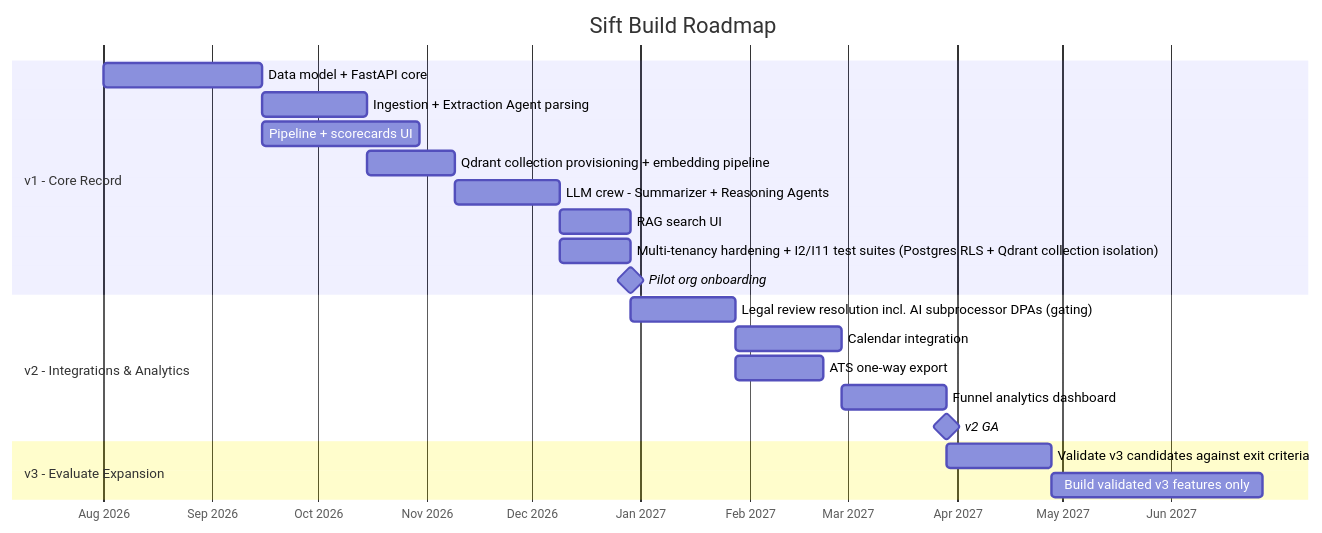
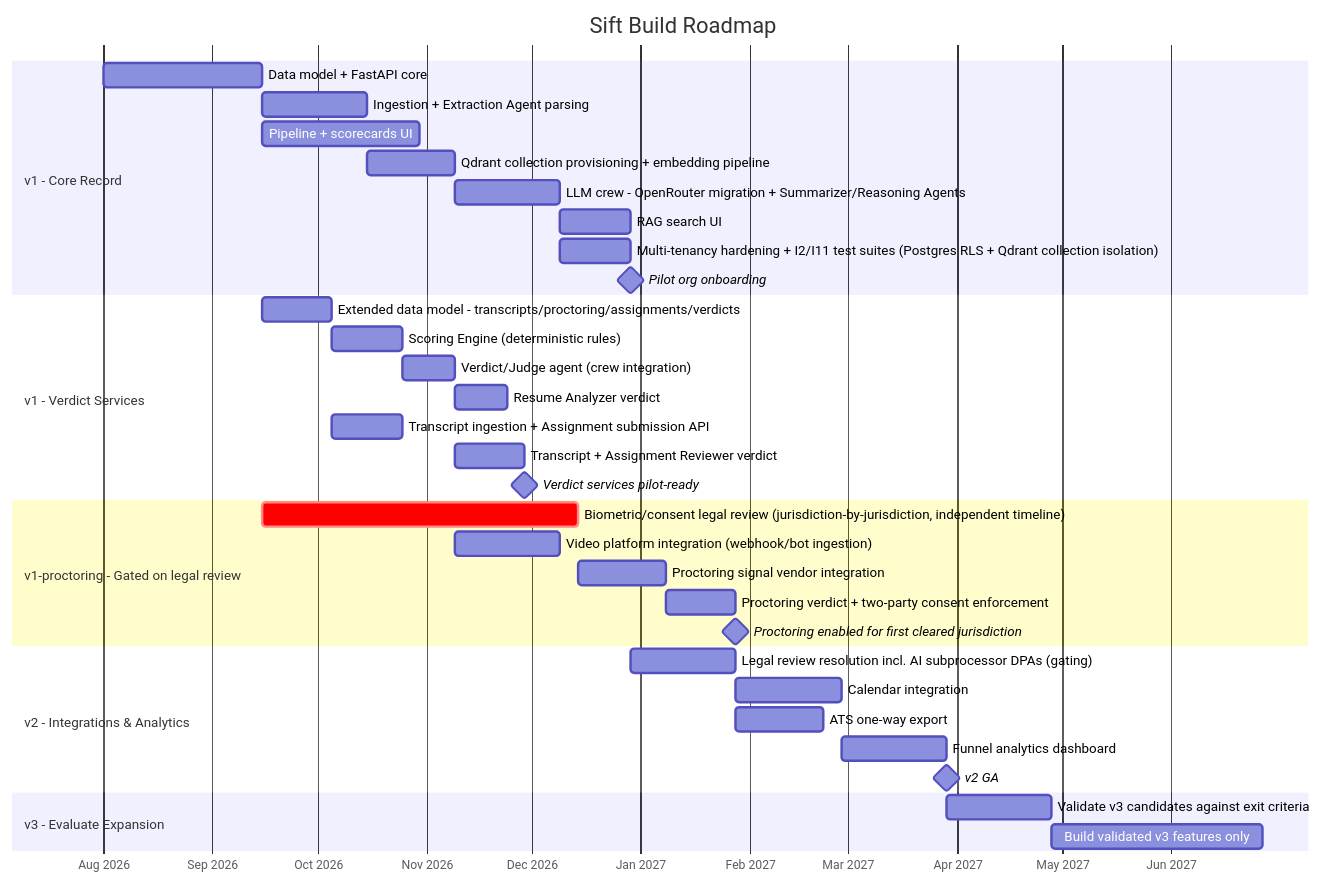
Before and after one commit to theharshchandrakar/virtual_hire: the diagram in docs/09-roadmap.md, drawn with Mermaid. The commit also changed other lines of this file and 15 other files, not shown here.

First line of the commit message:
Docs pivot: Resume Analyzer, Interview Live Proctoring, Transcript/Assignment Reviewer (#5)

````diff
--- a/docs/09-roadmap.md
+++ b/docs/09-roadmap.md
@@ -33,27 +44,43 @@
 ```mermaid
 gantt
     title Sift Build Roadmap
     dateFormat  YYYY-MM-DD
     axisFormat  %b %Y
 
     section v1 - Core Record
     Data model + FastAPI core        :v1a, 2026-08-01, 45d
     Ingestion + Extraction Agent parsing :v1b, after v1a, 30d
     Pipeline + scorecards UI         :v1c, after v1a, 45d
     Qdrant collection provisioning + embedding pipeline :v1e, after v1b, 25d
-    LLM crew - Summarizer + Reasoning Agents :v1f, after v1e, 30d
+    LLM crew - OpenRouter migration + Summarizer/Reasoning Agents :v1f, after v1e, 30d
     RAG search UI                    :v1g, after v1f, 20d
     Multi-tenancy hardening + I2/I11 test suites (Postgres RLS + Qdrant collection isolation) :v1d, after v1f, 20d
     Pilot org onboarding             :milestone, after v1g, 0d
+
+    section v1 - Verdict Services
+    Extended data model - transcripts/proctoring/assignments/verdicts :v1h, after v1a, 20d
+    Scoring Engine (deterministic rules) :v1i, after v1h, 20d
+    Verdict/Judge agent (crew integration) :v1j, after v1i, 15d
+    Resume Analyzer verdict          :v1k, after v1j, 15d
+    Transcript ingestion + Assignment submission API :v1l, after v1h, 20d
+    Transcript + Assignment Reviewer verdict :v1m, after v1l v1j, 20d
+    Verdict services pilot-ready     :milestone, after v1m, 0d
+
+    section v1-proctoring - Gated on legal review
+    Biometric/consent legal review (jurisdiction-by-jurisdiction, independent timeline) :crit, legal1, after v1a, 90d
+    Video platform integration (webhook/bot ingestion) :v1n, after v1j, 30d
+    Proctoring signal vendor integration :v1o, after legal1 v1n, 25d
+    Proctoring verdict + two-party consent enforcement :v1p, after v1o, 20d
+    Proctoring enabled for first cleared jurisdiction :milestone, after v1p, 0d
 
     section v2 - Integrations & Analytics
     Legal review resolution incl. AI subprocessor DPAs (gating) :v2a, after v1d, 30d
     Calendar integration             :v2b, after v2a, 30d
     ATS one-way export               :v2c, after v2a, 25d
     Funnel analytics dashboard       :v2d, after v2b, 30d
     v2 GA                            :milestone, after v2d, 0d
 
     section v3 - Evaluate Expansion
     Validate v3 candidates against exit criteria :v3a, after v2d, 30d
     Build validated v3 features only :v3b, after v3a, 60d
 ```
````
